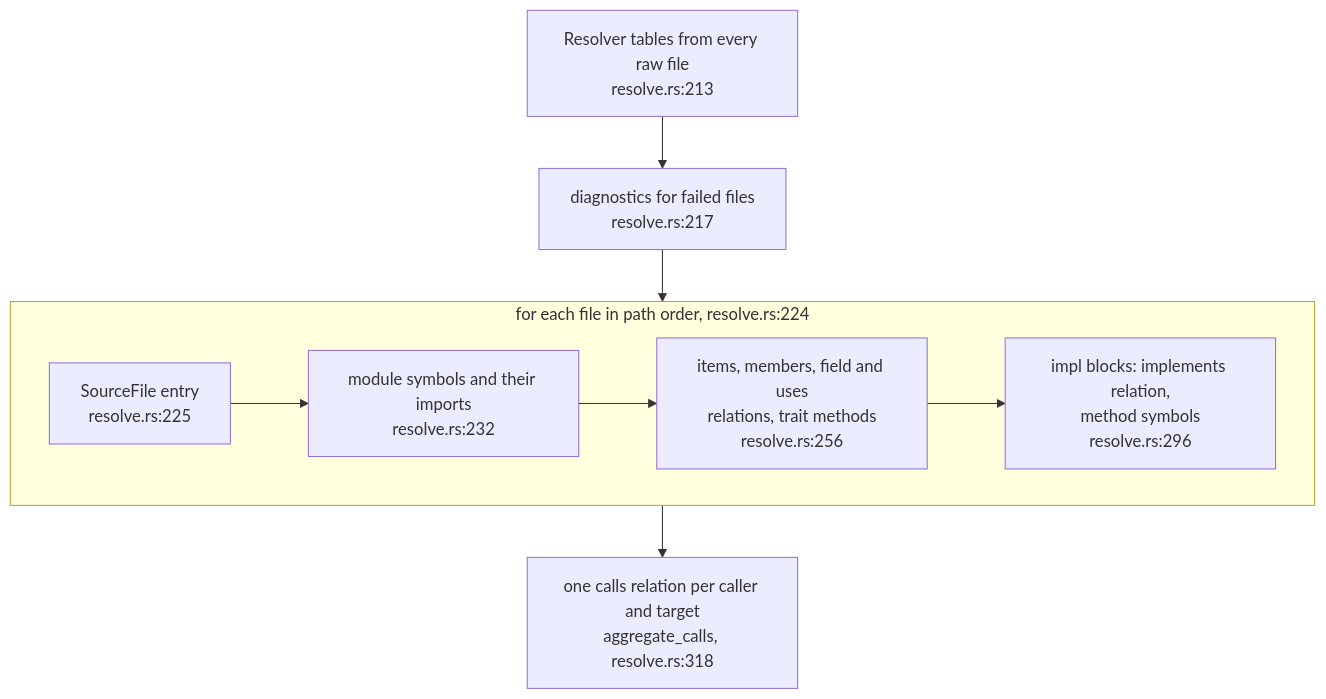
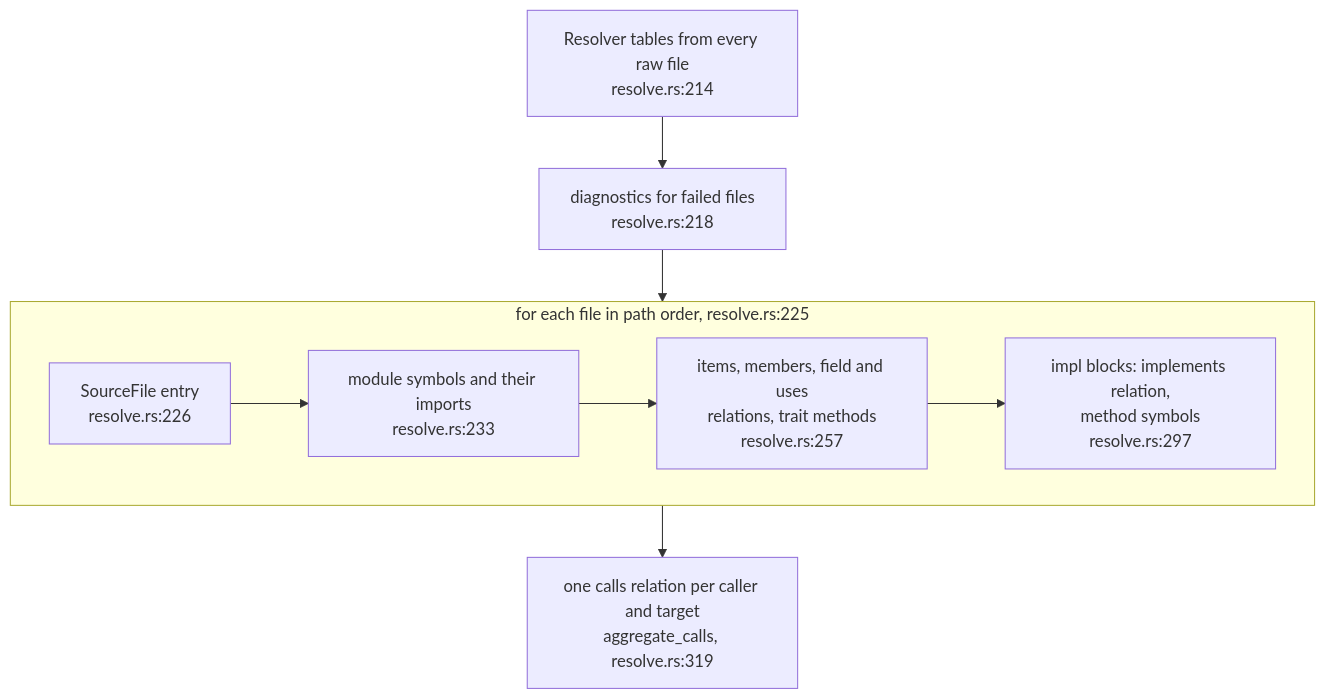
Before and after one commit to DreamLab-AI/codemaid: the fifth of 5 diagrams in docs/diagrams/extract/01-the-adapter-pipeline.md, drawn with Mermaid. The commit also changed other lines of this file and 23 other files, not shown here.

````diff
--- a/docs/diagrams/extract/01-the-adapter-pipeline.md
+++ b/docs/diagrams/extract/01-the-adapter-pipeline.md
@@ -207,14 +209,14 @@
 ```mermaid
 flowchart TB
-    T["Resolver tables from every raw file<br/>resolve.rs:213"]
-    D["diagnostics for failed files<br/>resolve.rs:217"]
-    subgraph PERFILE["for each file in path order, resolve.rs:224"]
-        FI["SourceFile entry<br/>resolve.rs:225"]
-        MO["module symbols and their imports<br/>resolve.rs:232"]
-        IT["items, members, field and uses<br/>relations, trait methods<br/>resolve.rs:256"]
-        IM["impl blocks: implements relation,<br/>method symbols<br/>resolve.rs:296"]
+    T["Resolver tables from every raw file<br/>resolve.rs:214"]
+    D["diagnostics for failed files<br/>resolve.rs:218"]
+    subgraph PERFILE["for each file in path order, resolve.rs:225"]
+        FI["SourceFile entry<br/>resolve.rs:226"]
+        MO["module symbols and their imports<br/>resolve.rs:233"]
+        IT["items, members, field and uses<br/>relations, trait methods<br/>resolve.rs:257"]
+        IM["impl blocks: implements relation,<br/>method symbols<br/>resolve.rs:297"]
         FI --> MO --> IT --> IM
     end
-    AG["one calls relation per caller and target<br/>aggregate_calls, resolve.rs:318"]
+    AG["one calls relation per caller and target<br/>aggregate_calls, resolve.rs:319"]
     T --> D --> PERFILE --> AG
 ```
````
